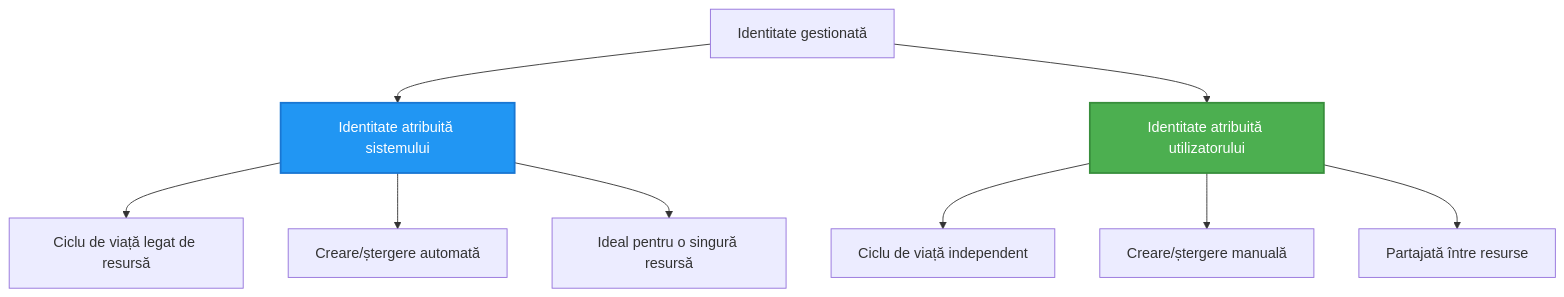
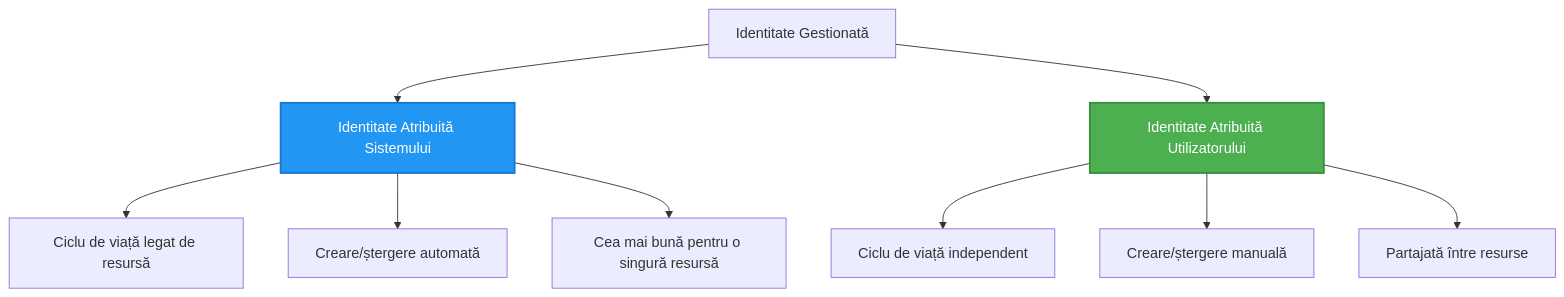
The second of 2 diagrams in translations/ro/docs/chapter-03-configuration/authsecurity.md (microsoft/AZD-for-beginners), drawn with Mermaid before and after one commit. The commit also changed other lines of this file and 104 other files, not shown here.

````diff
--- a/translations/ro/docs/chapter-03-configuration/authsecurity.md
+++ b/translations/ro/docs/chapter-03-configuration/authsecurity.md
@@ -97,20 +98,20 @@
 ```mermaid
 graph TB
-    MI[Identitate gestionată]
-    SystemAssigned[Identitate atribuită sistemului]
-    UserAssigned[Identitate atribuită utilizatorului]
+    MI[Identitate Gestionată]
+    SystemAssigned[Identitate Atribuită Sistemului]
+    UserAssigned[Identitate Atribuită Utilizatorului]
     
     MI --> SystemAssigned
     MI --> UserAssigned
     
     SystemAssigned --> SA1[Ciclu de viață legat de resursă]
     SystemAssigned --> SA2[Creare/ștergere automată]
-    SystemAssigned --> SA3[Ideal pentru o singură resursă]
+    SystemAssigned --> SA3[Cea mai bună pentru o singură resursă]
     
     UserAssigned --> UA1[Ciclu de viață independent]
     UserAssigned --> UA2[Creare/ștergere manuală]
     UserAssigned --> UA3[Partajată între resurse]
     
     style SystemAssigned fill:#2196F3,stroke:#1976D2,stroke-width:2px,color:#fff
     style UserAssigned fill:#4CAF50,stroke:#388E3C,stroke-width:2px,color:#fff
 ```
````
